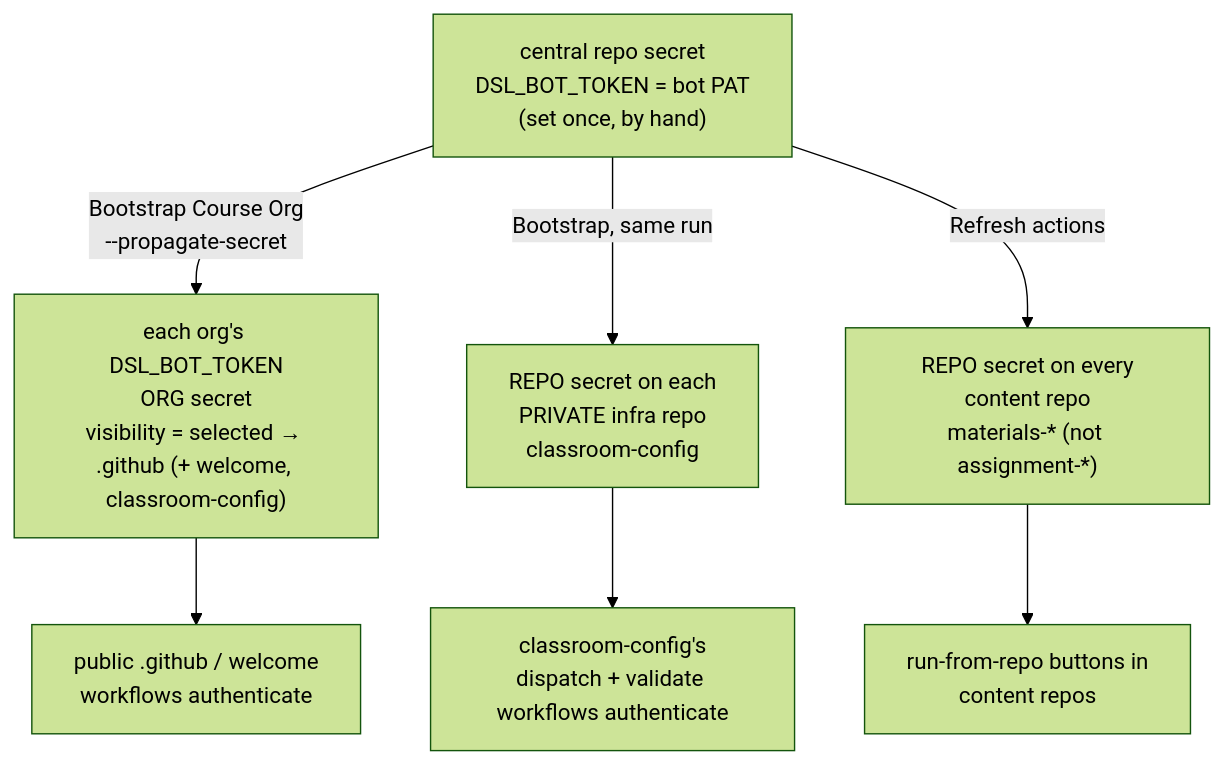
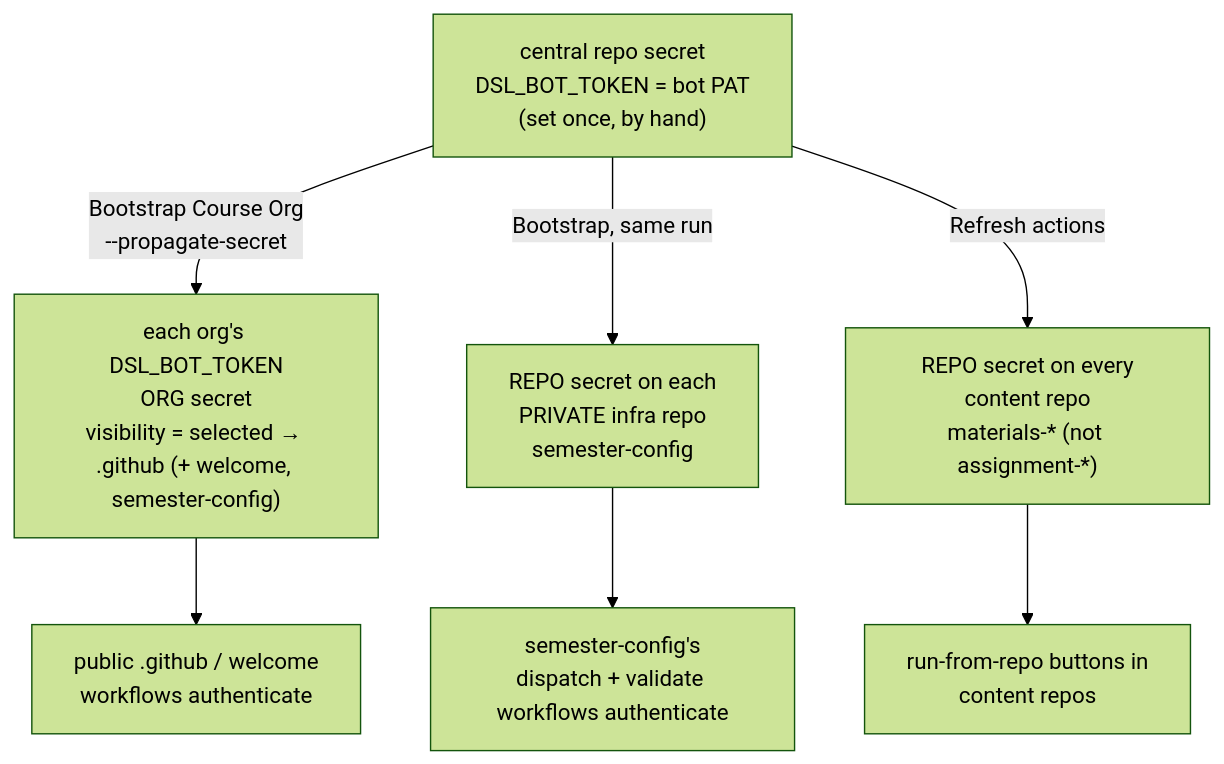
The second of 10 diagrams in docs-admin-arch/architecture.md (hertie-data-science-lab/dsl-teaching-toolkit), drawn with Mermaid (forest theme) before and after one commit. The commit also changed other lines of this file and 125 other files, not shown here.

Commit message:
refactor(layout): rename classroom-config to semester-config

````diff
--- a/docs-admin-arch/architecture.md
+++ b/docs-admin-arch/architecture.md
@@ -89,22 +89,22 @@
 ```mermaid
 flowchart TD
   src["`central repo secret
 DSL_BOT_TOKEN = bot PAT
 (set once, by hand)`"]
   src -->|"`Bootstrap Course Org
 --propagate-secret`"| orgsec["`each org's DSL_BOT_TOKEN
 ORG secret
-visibility = selected → .github (+ welcome, classroom-config)`"]
+visibility = selected → .github (+ welcome, semester-config)`"]
   src -->|"Bootstrap, same run"| infrasec["`REPO secret on each
 PRIVATE infra repo
-classroom-config`"]
+semester-config`"]
   src -->|"Refresh actions"| reposec["`REPO secret on every
 content repo
 materials-* (not assignment-*)`"]
   orgsec --> pub["`public .github / welcome
 workflows authenticate`"]
-  infrasec --> disp["`classroom-config's
+  infrasec --> disp["`semester-config's
 dispatch + validate workflows authenticate`"]
   reposec --> priv["`run-from-repo buttons in
 content repos`"]
 ```
````
